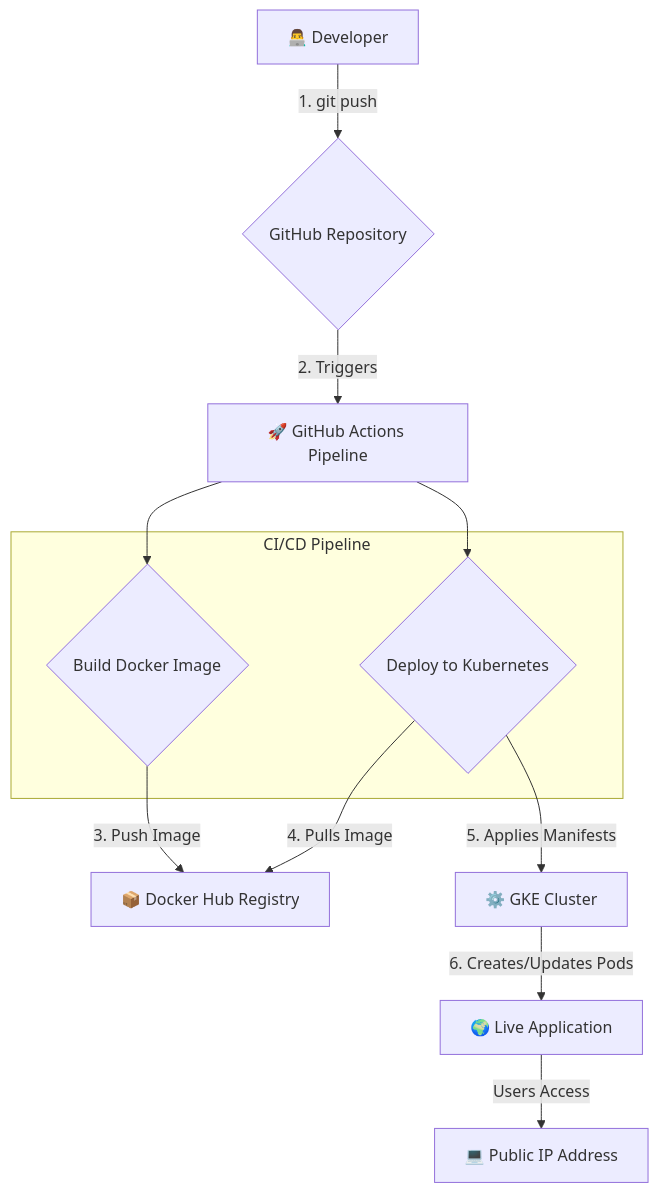
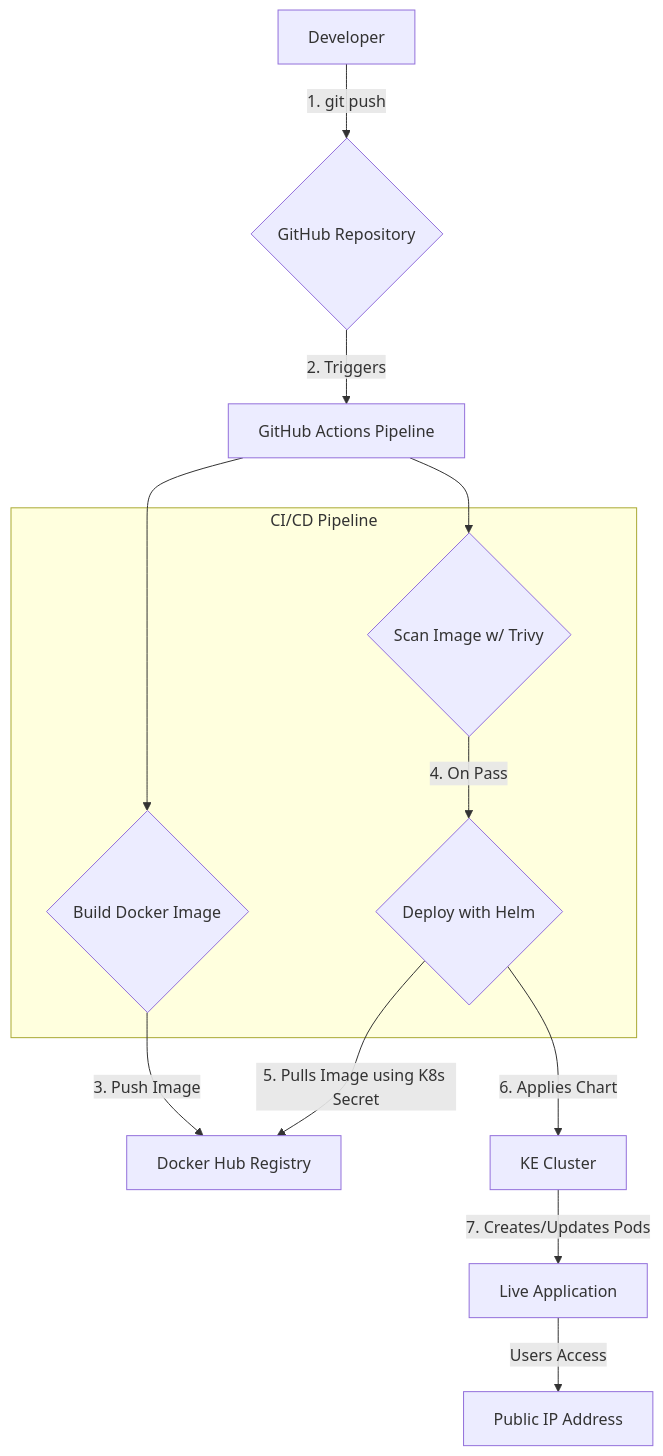
The diagram in README.md (Hari-Charan-00/devops-task-project), drawn with Mermaid before and after one commit. The commit also changed other lines of this file, not shown here.

````diff
--- a/README.md
+++ b/README.md
@@ -1,17 +29,37 @@
 ```mermaid
+
 graph TD
-    A[👨‍💻 Developer] -- 1. git push --> B{GitHub Repository};
-    B -- 2. Triggers --> C[🚀 GitHub Actions Pipeline];
+
+    A[Developer] -- 1. git push --> B{GitHub Repository};
+
+    B -- 2. Triggers --> C[GitHub Actions Pipeline];
+
     C --> D{Build Docker Image};
-    D -- 3. Push Image --> E[📦 Docker Hub Registry];
-    C --> F{Deploy to Kubernetes};
-    F -- 4. Pulls Image --> E;
-    F -- 5. Applies Manifests --> G[⚙️ GKE Cluster];
-    G -- 6. Creates/Updates Pods --> H[🌍 Live Application];
-    H -- Users Access --> I[💻 Public IP Address];
+
+    D -- 3. Push Image --> E[Docker Hub Registry];
+
+    C --> S{Scan Image w/ Trivy};
+
+    S -- 4. On Pass --> F{Deploy with Helm};
+
+    F -- 5. Pulls Image using K8s Secret --> E;
+
+    F -- 6. Applies Chart --> G[KE Cluster];
+
+    G -- 7. Creates/Updates Pods --> H[Live Application];
+
+    H -- Users Access --> I[Public IP Address];
+
+
 
     subgraph "CI/CD Pipeline"
+
         D
+
+        S
+
         F
+
     end
+
 ```
````
